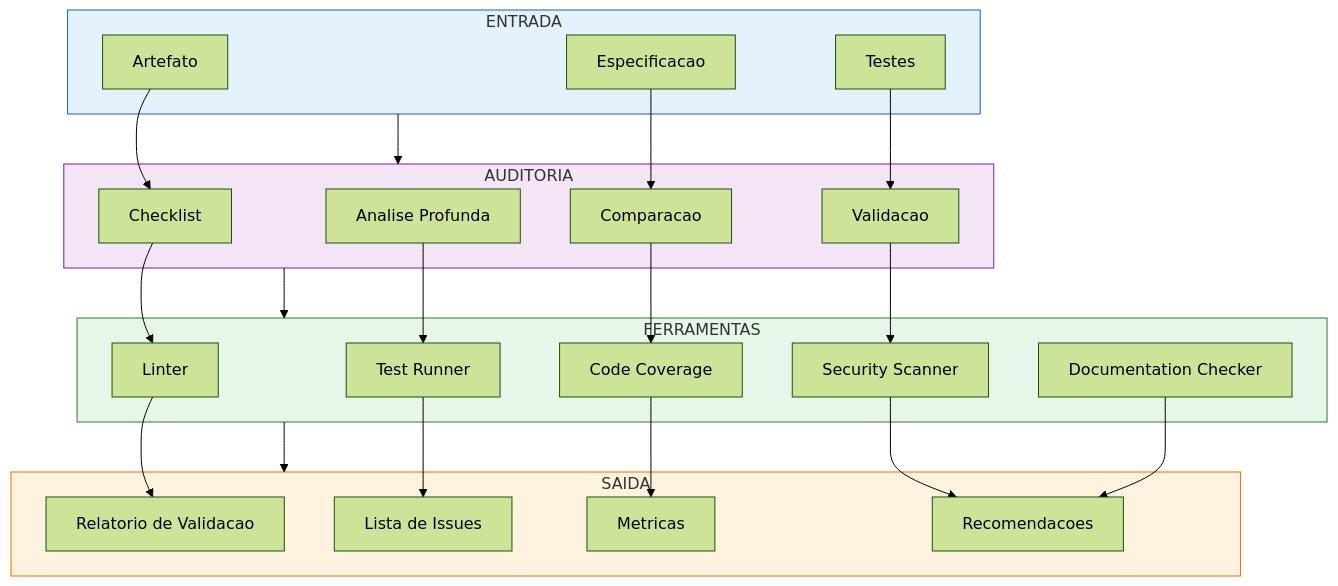
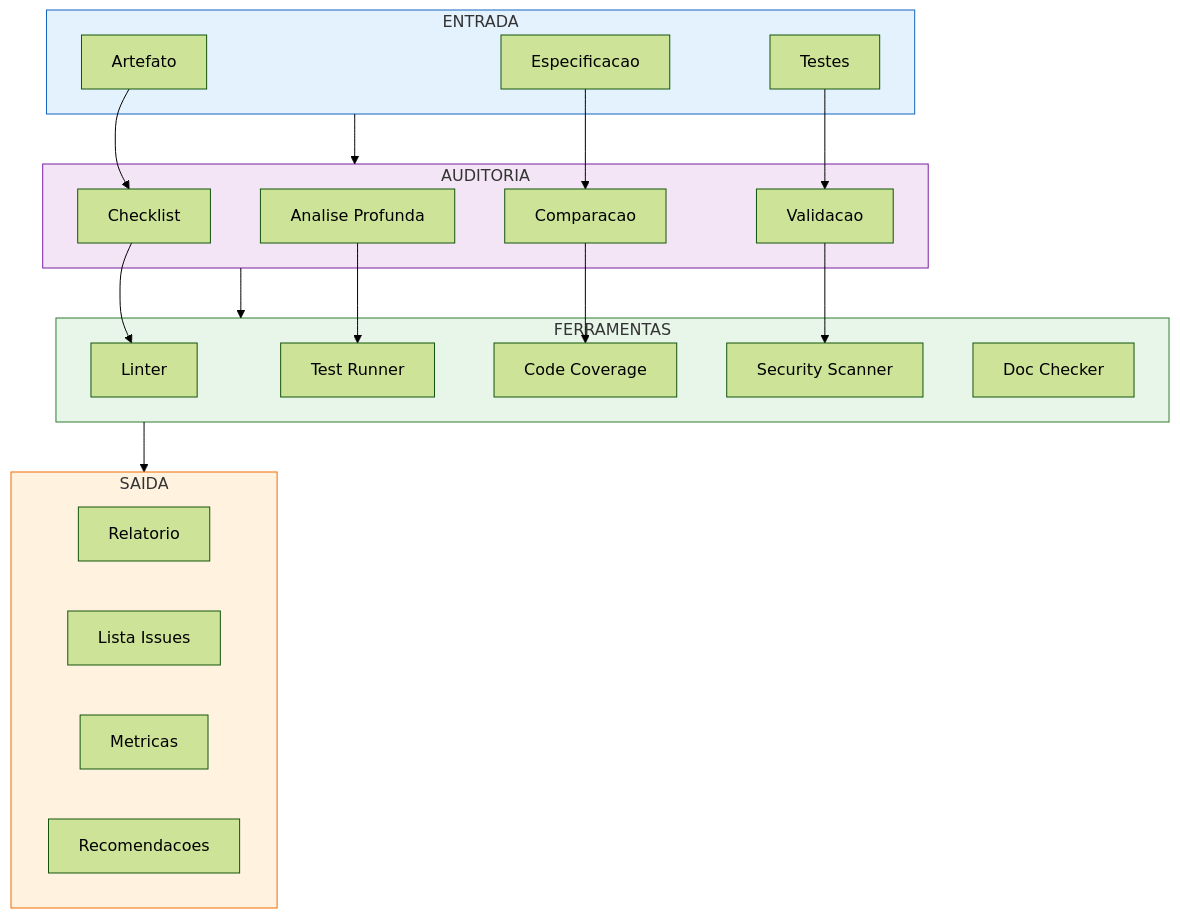
Before and after one commit to MarceloClaro/opencode-ecosystem-core: diagram 13 of 22 in README.md, drawn with Mermaid (forest theme). The commit also changed other lines of this file, not shown here.

First line of the commit message:
feat(docs): fix flowcharts, add themes, translate datasets to Portuguese

````diff
--- a/README.md
+++ b/README.md
@@ -824,54 +771,47 @@
 ```mermaid
 flowchart TD
-    subgraph INPUT2 ["ENTRADA"]
-        ARTIFACT["Artefato"]
-        SPEC2["Especificacao"]
-        TEST2["Testes"]
+    subgraph IN2[ENTRADA]
+        ARTIFACT[Artefato]
+        SPEC2[Especificacao]
+        TEST2[Testes]
     end
 
-    subgraph AUDIT ["AUDITORIA"]
-        A1["Checklist"]
-        A2["Analise Profunda"]
-        A3["Comparacao"]
-        A4["Validacao"]
+    subgraph AUD[AUDITORIA]
+        A1[Checklist]
+        A2[Analise Profunda]
+        A3[Comparacao]
+        A4[Validacao]
     end
 
-    subgraph TOOLS ["FERRAMENTAS"]
-        T1["Linter"]
-        T2["Test Runner"]
-        T3["Code Coverage"]
-        T4["Security Scanner"]
-        T5["Documentation Checker"]
+    subgraph TOOLS[FERRAMENTAS]
+        T1[Linter]
+        T2[Test Runner]
+        T3[Code Coverage]
+        T4[Security Scanner]
+        T5[Doc Checker]
     end
 
-    subgraph OUTPUT2 ["SAIDA"]
-        O1["Relatorio de Validacao"]
-        O2["Lista de Issues"]
-        O3["Metricas"]
-        O4["Recomendacoes"]
+    subgraph OUT2[SAIDA]
+        O1[Relatorio]
+        O2[Lista Issues]
+        O3[Metricas]
+        O4[Recomendacoes]
     end
 
-    INPUT2 --> AUDIT
-    AUDIT --> TOOLS
-    TOOLS --> OUTPUT2
+    IN2 --> AUD
+    AUD --> TOOLS
+    TOOLS --> OUT2
 
     ARTIFACT --> A1
     SPEC2 --> A3
     TEST2 --> A4
-
     A1 --> T1
     A2 --> T2
     A3 --> T3
     A4 --> T4
 
-    T1 --> O1
-    T2 --> O2
-    T3 --> O3
-    T4 --> O4
-    T5 --> O4
-
-    style INPUT2 fill:#e3f2fd,stroke:#1565c0
-    style AUDIT fill:#f3e5f5,stroke:#7b1fa2
+    style IN2 fill:#e3f2fd,stroke:#1565c0
+    style AUD fill:#f3e5f5,stroke:#7b1fa2
     style TOOLS fill:#e8f5e9,stroke:#2e7d32
-    style OUTPUT2 fill:#fff3e0,stroke:#ef6c00
+    style OUT2 fill:#fff3e0,stroke:#ef6c00
 ```
````
